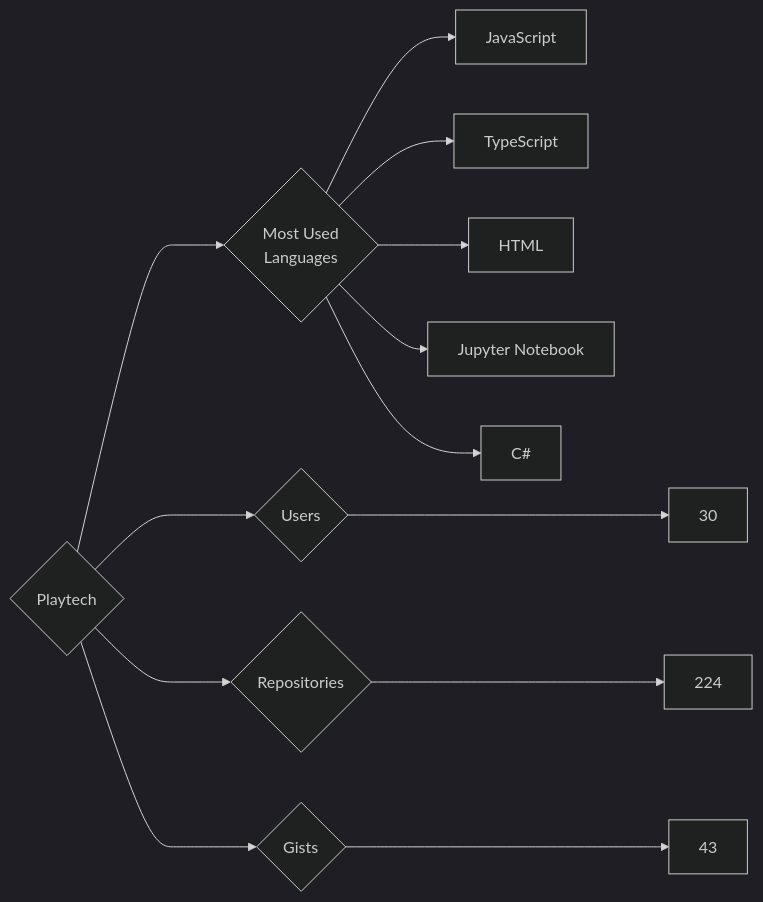
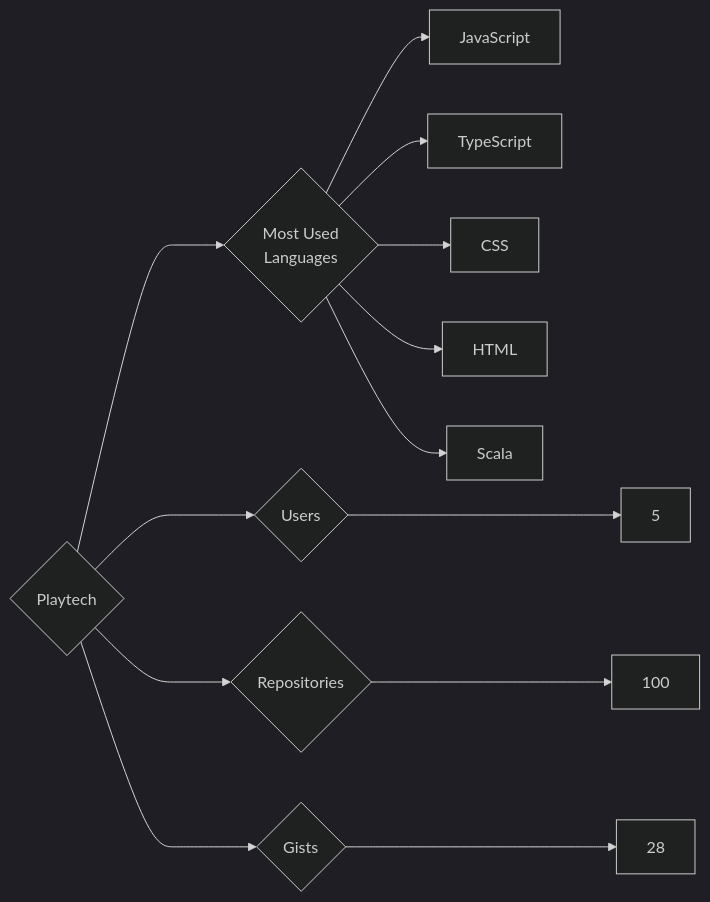
Before and after one commit to trickest/insiders: the diagram in targets/Playtech/README.md, drawn with Mermaid (dark theme). The commit also changed 794 other files, not shown here.

````diff
--- a/targets/Playtech/README.md
+++ b/targets/Playtech/README.md
@@ -3,13 +3,13 @@
 ```mermaid
 graph LR
 COMPANY_NAME{Playtech}
-COMPANY_NAME ---> U{Users} ---> UN[30]
-COMPANY_NAME ---> R{Repositories} ---> RN[224]
-COMPANY_NAME ---> G{Gists} ---> GN[43]
+COMPANY_NAME ---> U{Users} ---> UN[5]
+COMPANY_NAME ---> R{Repositories} ---> RN[100]
+COMPANY_NAME ---> G{Gists} ---> GN[28]
 COMPANY_NAME ---> ML{Most Used<br>Languages}
 ML --> JavaScript[JavaScript]
 ML --> TypeScript[TypeScript]
+ML --> CSS[CSS]
 ML --> HTML[HTML]
-ML --> Jupyter_Notebook[Jupyter Notebook]
-ML --> C#[C#]
+ML --> Scala[Scala]
 ```
````
